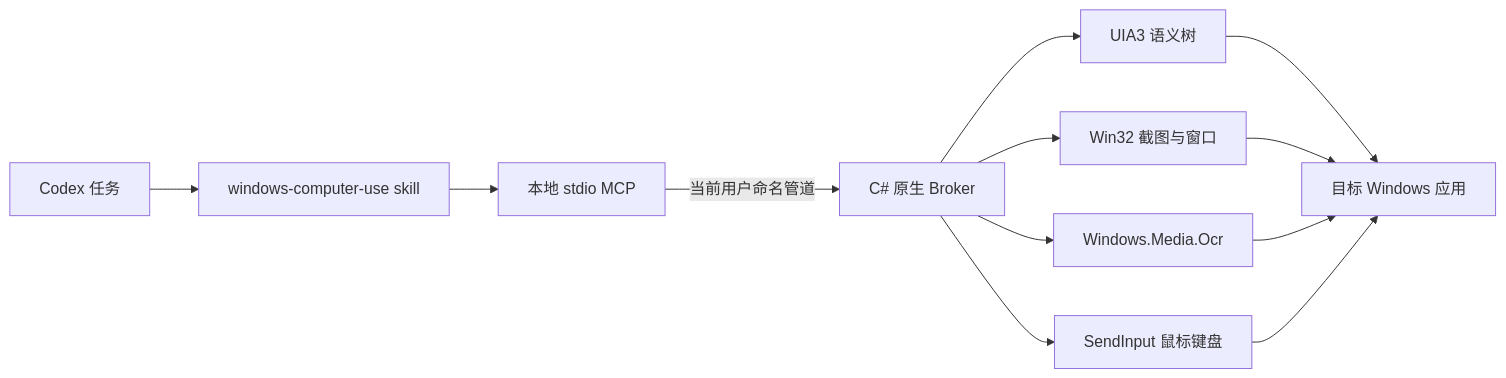
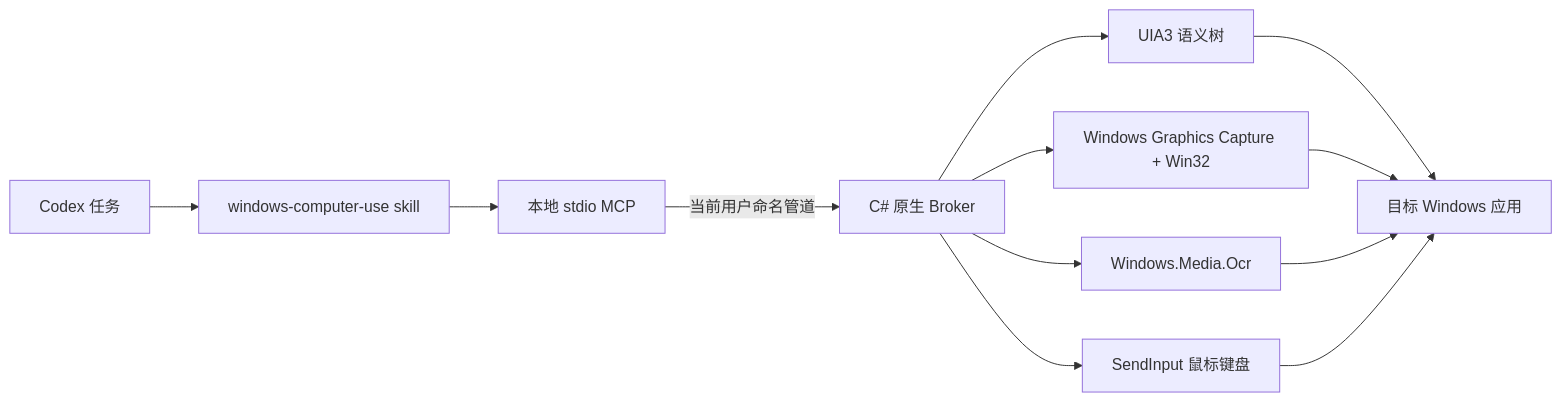
The diagram in README.zh-CN.md (BraveCowNoFear/windows-computer-use), drawn with Mermaid before and after one commit. The commit also changed other lines of this file and 21 other files, not shown here.

````diff
--- a/README.zh-CN.md
+++ b/README.zh-CN.md
@@ -26,14 +27,14 @@
 ```mermaid
 flowchart LR
     A["Codex 任务"] --> B["windows-computer-use skill"]
     B --> C["本地 stdio MCP"]
     C -->|"当前用户命名管道"| D["C# 原生 Broker"]
     D --> E["UIA3 语义树"]
-    D --> F["Win32 截图与窗口"]
+    D --> F["Windows Graphics Capture + Win32"]
     D --> G["Windows.Media.Ocr"]
     D --> H["SendInput 鼠标键盘"]
     E --> I["目标 Windows 应用"]
     F --> I
     G --> I
     H --> I
 ```
````
